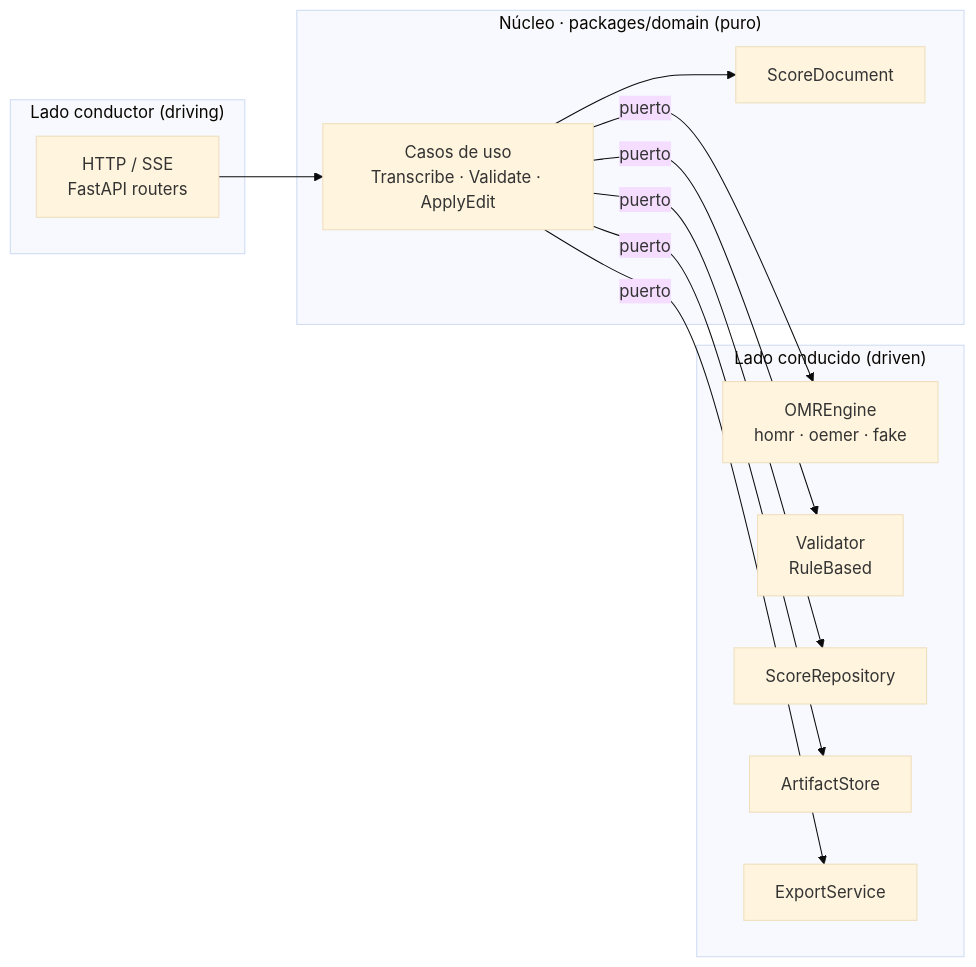
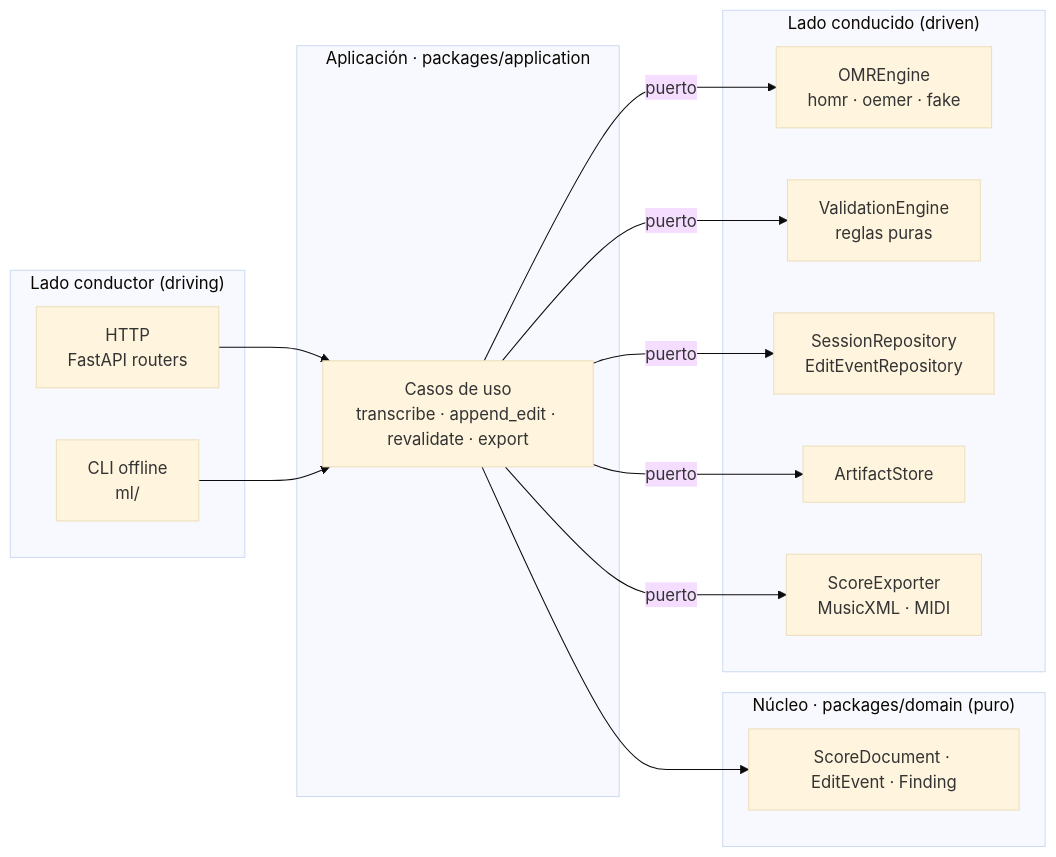
Before and after one commit to sebdavid3/Cadenza: the first of 10 diagrams in docs/ARCHITECTURE.md, drawn with Mermaid (base theme). The commit also changed other lines of this file and 4 other files, not shown here.

First line of the commit message:
docs(architecture): fijar la arquitectura objetivo v1.1 y alinear el DBB

````diff
--- a/docs/ARCHITECTURE.md
+++ b/docs/ARCHITECTURE.md
@@ -94,27 +105,32 @@
 ```mermaid
 flowchart LR
     subgraph Driving["Lado conductor (driving)"]
-        HTTP["HTTP / SSE<br/>FastAPI routers"]
+        HTTP["HTTP<br/>FastAPI routers"]
+        CLI["CLI offline<br/>ml/"]
+    end
+
+    subgraph App["Aplicación · packages/application"]
+        UC["Casos de uso<br/>transcribe · append_edit · revalidate · export"]
     end
 
     subgraph Core["Núcleo · packages/domain (puro)"]
-        UC["Casos de uso<br/>Transcribe · Validate · ApplyEdit"]
-        SD["ScoreDocument"]
+        SD["ScoreDocument · EditEvent · Finding"]
     end
 
     subgraph Driven["Lado conducido (driven)"]
         OMRA["OMREngine<br/>homr · oemer · fake"]
-        VAL["Validator<br/>RuleBased"]
-        REPO["ScoreRepository"]
+        VAL["ValidationEngine<br/>reglas puras"]
+        REPO["SessionRepository<br/>EditEventRepository"]
         STORE["ArtifactStore"]
-        EXP["ExportService"]
+        EXP["ScoreExporter<br/>MusicXML · MIDI"]
     end
 
     HTTP --> UC
+    CLI --> UC
     UC --> SD
     UC -->|puerto| OMRA
     UC -->|puerto| VAL
     UC -->|puerto| REPO
     UC -->|puerto| STORE
     UC -->|puerto| EXP
 ```
````
